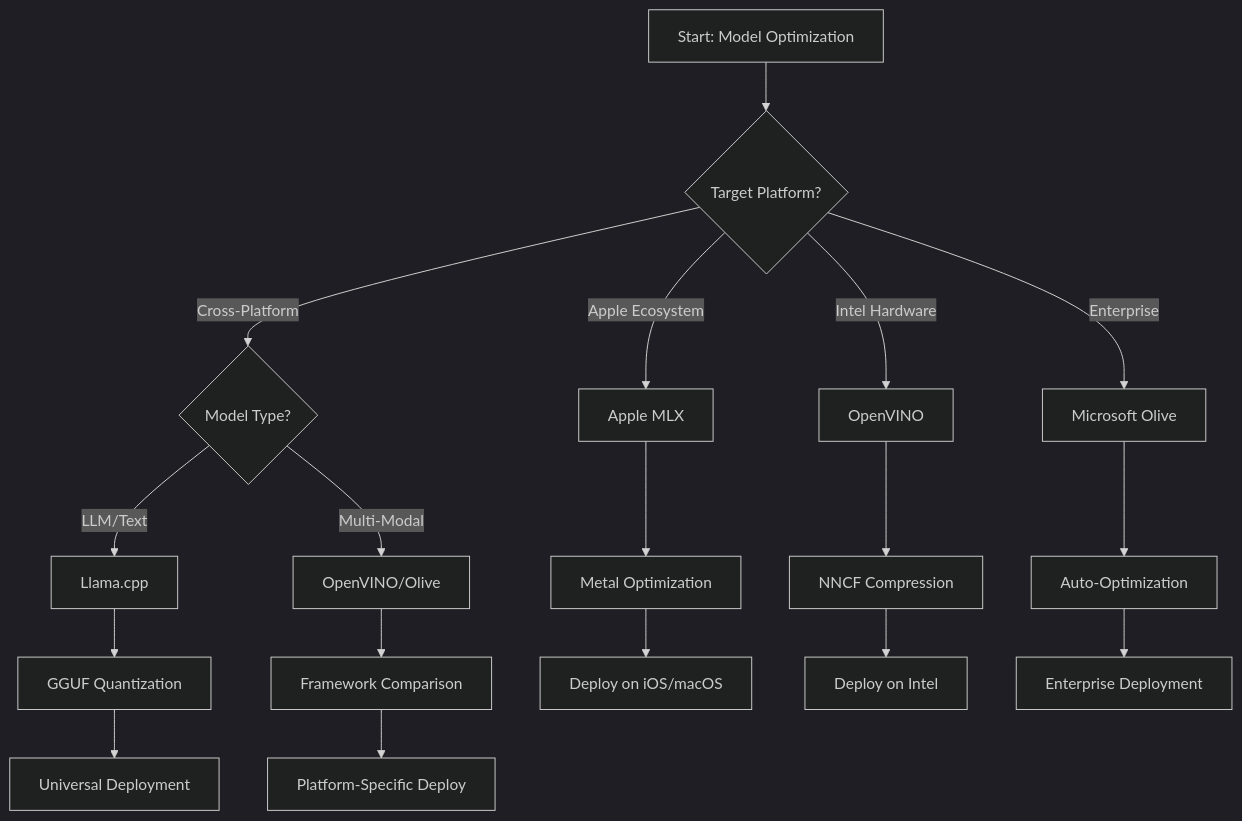
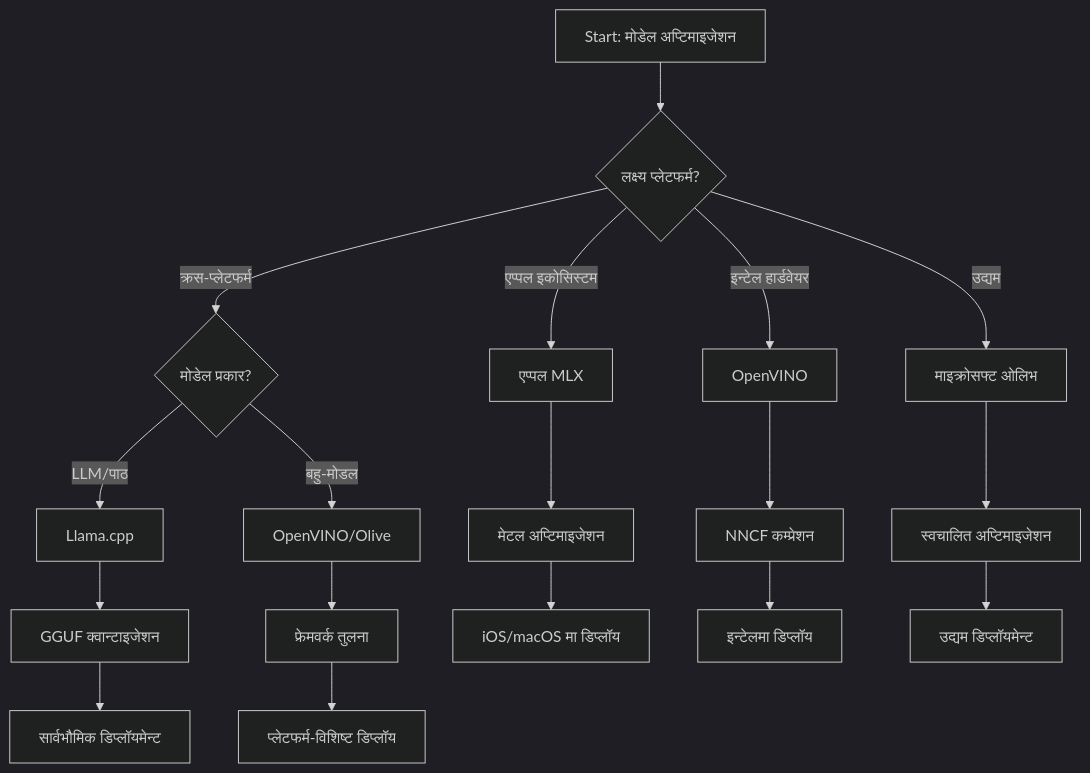
One commit to microsoft/edgeai-for-beginners changed the second of 3 diagrams in translations/ne/Module04/06.workflow-synthesis.md. Above: the diagram before and after it, drawn with Mermaid (dark theme). The commit also changed other lines of this file and 63 other files, not shown here.

````diff
--- a/translations/ne/Module04/06.workflow-synthesis.md
+++ b/translations/ne/Module04/06.workflow-synthesis.md
@@ -211,24 +211,24 @@
 ```mermaid
 graph TD
-    A[Start: Model Optimization] --> B{Target Platform?}
+    A[Start: मोडेल अप्टिमाइजेशन] --> B{लक्ष्य प्लेटफर्म?}
     
-    B -->|Apple Ecosystem| C[Apple MLX]
-    B -->|Intel Hardware| D[OpenVINO]
-    B -->|Cross-Platform| E{Model Type?}
-    B -->|Enterprise| F[Microsoft Olive]
+    B -->|एप्पल इकोसिस्टम| C[एप्पल MLX]
+    B -->|इन्टेल हार्डवेयर| D[OpenVINO]
+    B -->|क्रस-प्लेटफर्म| E{मोडेल प्रकार?}
+    B -->|उद्यम| F[माइक्रोसफ्ट ओलिभ]
     
-    E -->|LLM/Text| G[Llama.cpp]
-    E -->|Multi-Modal| H[OpenVINO/Olive]
+    E -->|LLM/पाठ| G[Llama.cpp]
+    E -->|बहु-मोडल| H[OpenVINO/Olive]
     
-    C --> I[Metal Optimization]
-    D --> J[NNCF Compression]
-    F --> K[Auto-Optimization]
-    G --> L[GGUF Quantization]
-    H --> M[Framework Comparison]
+    C --> I[मेटल अप्टिमाइजेशन]
+    D --> J[NNCF कम्प्रेशन]
+    F --> K[स्वचालित अप्टिमाइजेशन]
+    G --> L[GGUF क्वान्टाइजेशन]
+    H --> M[फ्रेमवर्क तुलना]
     
-    I --> N[Deploy on iOS/macOS]
-    J --> O[Deploy on Intel]
-    K --> P[Enterprise Deployment]
-    L --> Q[Universal Deployment]
-    M --> R[Platform-Specific Deploy]
+    I --> N[iOS/macOS मा डिप्लॉय]
+    J --> O[इन्टेलमा डिप्लॉय]
+    K --> P[उद्यम डिप्लॉयमेन्ट]
+    L --> Q[सार्वभौमिक डिप्लॉयमेन्ट]
+    M --> R[प्लेटफर्म-विशिष्ट डिप्लॉय]
 ```
````
